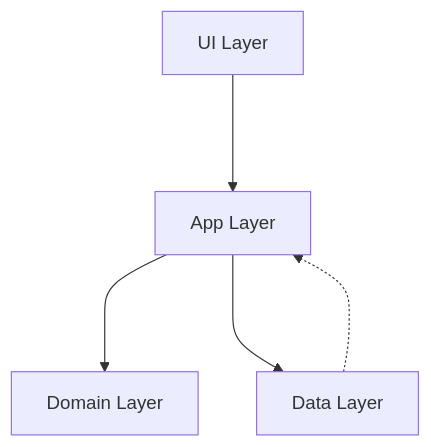
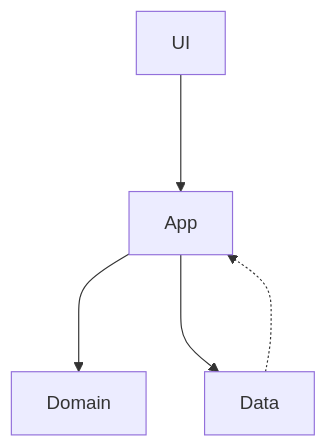
The diagram in docs/index.md (fgaudo/fridgy), drawn with Mermaid before and after one commit. The commit also changed 1 other file, not shown here.

````diff
--- a/docs/index.md
+++ b/docs/index.md
@@ -27,12 +27,12 @@
 ```mermaid
 flowchart TD
-    A[App Layer]
-    DA[Data Layer]
-    U[UI Layer]
-    DO[Domain Layer]
+    A[App]
+    DA[Data]
+    U[UI]
+    DO[Domain]
 
     A ---> DO
     DA -.-> A
     A ---> DA
     U ---> A
 ```
````
